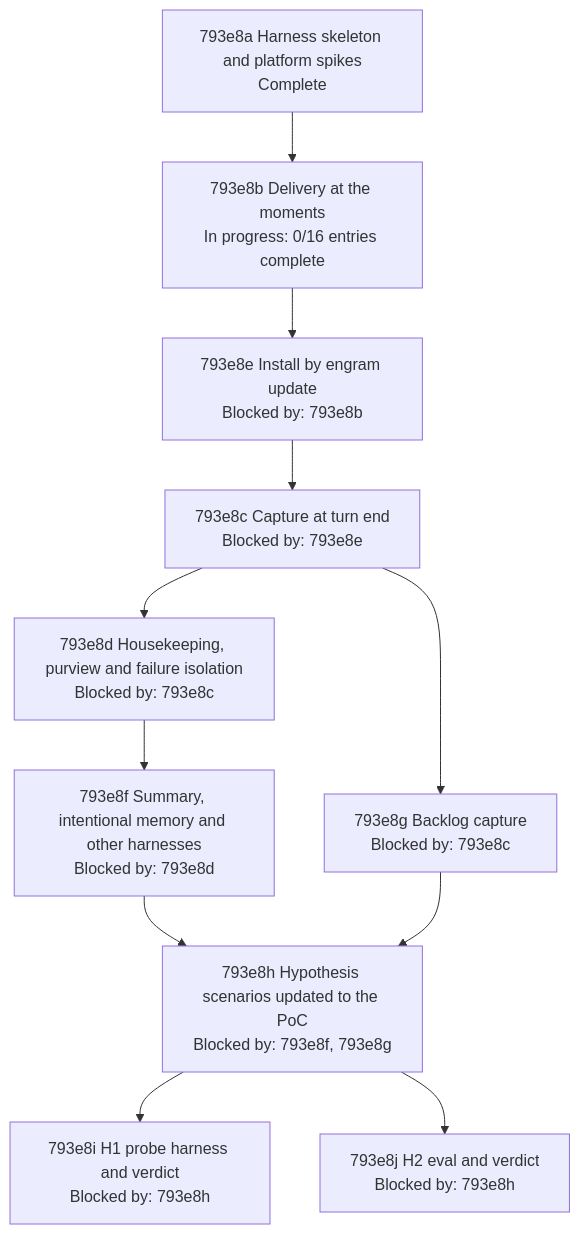
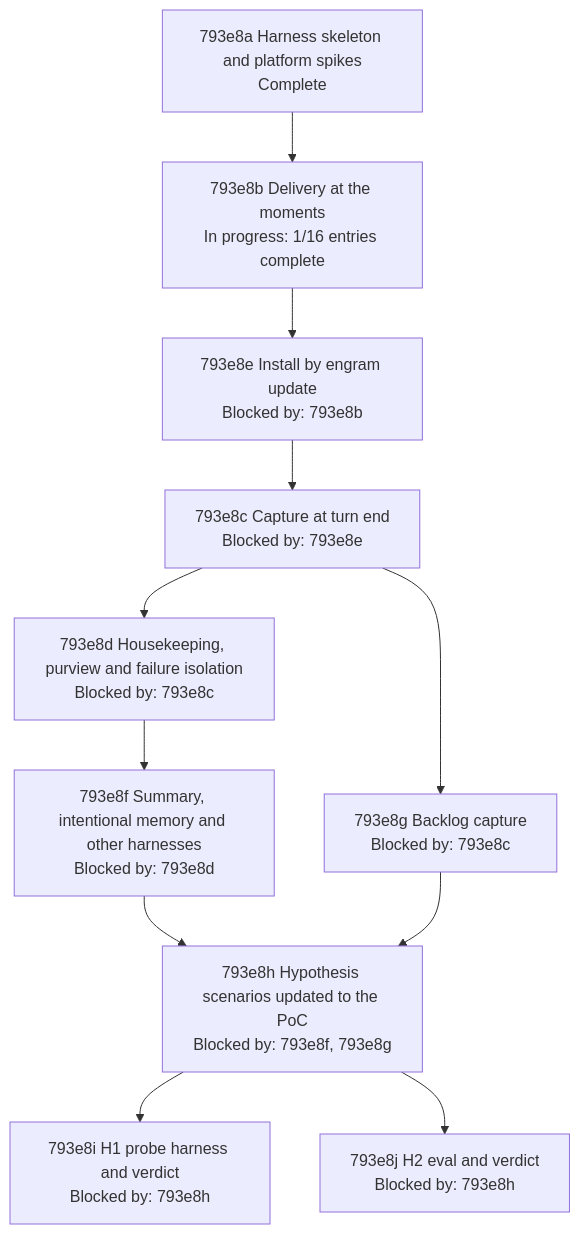
Before and after one commit to toejough/engram: the diagram in docs/changes/793_parallel-memory-agent/793e_implementation-plan.md, drawn with Mermaid. The commit also changed other lines of this file and 10 other files, not shown here.

````diff
--- a/docs/changes/793_parallel-memory-agent/793e_implementation-plan.md
+++ b/docs/changes/793_parallel-memory-agent/793e_implementation-plan.md
@@ -214,21 +214,21 @@
 ```mermaid
 flowchart TD
   n793e8a["793e8a Harness skeleton and platform spikes<br/>Complete"]
-  n793e8b["793e8b Delivery at the moments<br/>In progress: 0/16 entries complete"]
+  n793e8b["793e8b Delivery at the moments<br/>In progress: 1/16 entries complete"]
   n793e8e["793e8e Install by engram update<br/>Blocked by: 793e8b"]
   n793e8c["793e8c Capture at turn end<br/>Blocked by: 793e8e"]
   n793e8d["793e8d Housekeeping, purview and failure isolation<br/>Blocked by: 793e8c"]
   n793e8g["793e8g Backlog capture<br/>Blocked by: 793e8c"]
   n793e8f["793e8f Summary, intentional memory and other harnesses<br/>Blocked by: 793e8d"]
   n793e8h["793e8h Hypothesis scenarios updated to the PoC<br/>Blocked by: 793e8f, 793e8g"]
   n793e8i["793e8i H1 probe harness and verdict<br/>Blocked by: 793e8h"]
   n793e8j["793e8j H2 eval and verdict<br/>Blocked by: 793e8h"]
   n793e8a --> n793e8b --> n793e8e --> n793e8c
   n793e8c --> n793e8d
   n793e8c --> n793e8g
   n793e8d --> n793e8f
   n793e8f --> n793e8h
   n793e8g --> n793e8h
   n793e8h --> n793e8i
   n793e8h --> n793e8j
 ```
````
